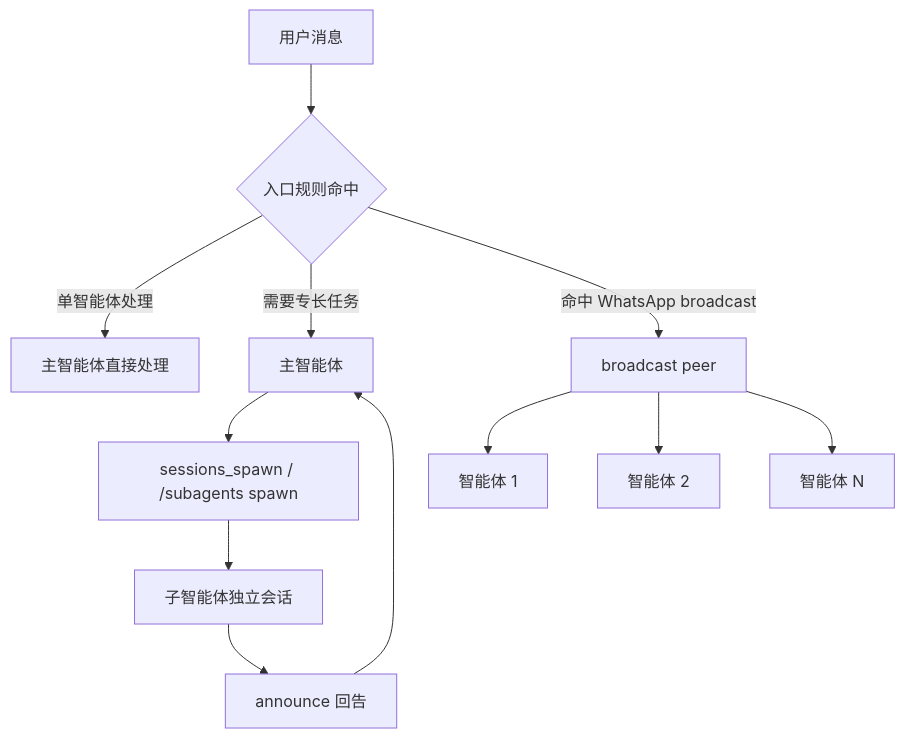
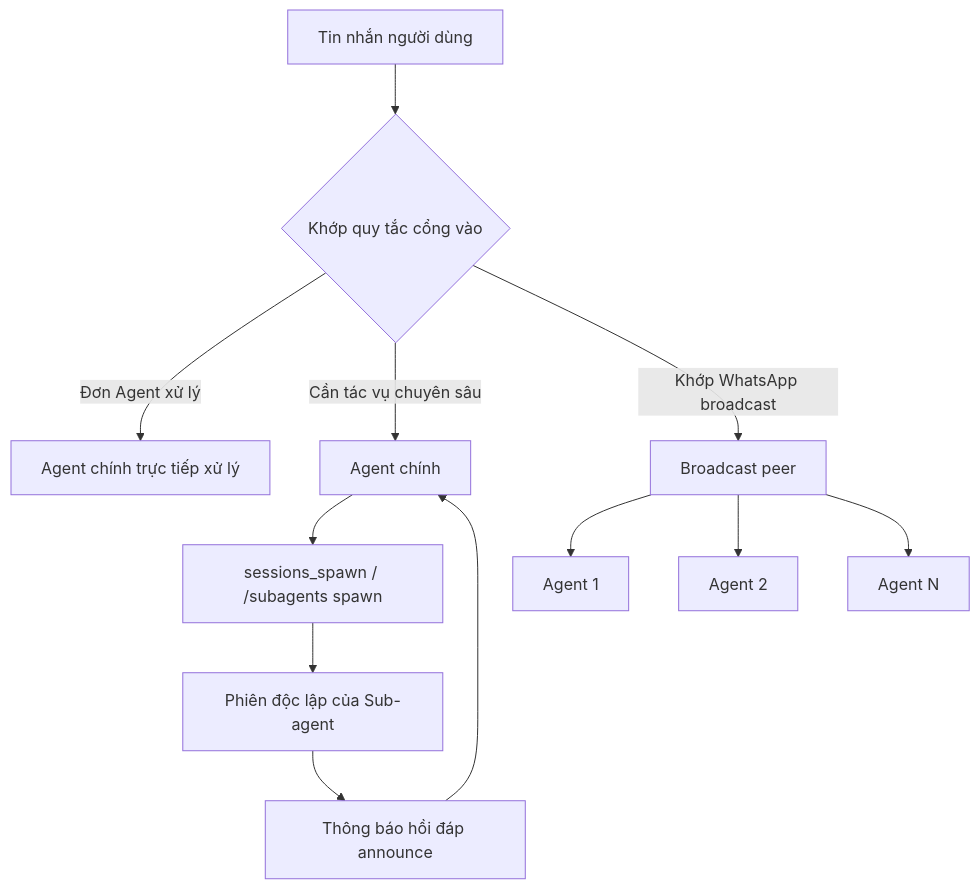
Before and after one commit to dino-edu/openclaw_guide: the diagram in 07_multi_agent/7.4_collaboration_patterns.md, drawn with Mermaid. The commit also changed other lines of this file and 24 other files, not shown here.

````diff
--- a/07_multi_agent/7.4_collaboration_patterns.md
+++ b/07_multi_agent/7.4_collaboration_patterns.md
@@ -7,15 +7,15 @@
 ```mermaid
 flowchart TD
-  U["用户消息"] --> R{"入口规则命中"}
-  R -->|"单智能体处理"| A["主智能体直接处理"]
-  R -->|"需要专长任务"| M["主智能体"]
+  U["Tin nhắn người dùng"] --> R{"Khớp quy tắc cổng vào"}
+  R -->|"Đơn Agent xử lý"| A["Agent chính trực tiếp xử lý"]
+  R -->|"Cần tác vụ chuyên sâu"| M["Agent chính"]
   M --> S["sessions_spawn / /subagents spawn"]
-  S --> C["子智能体独立会话"]
-  C --> N["announce 回告"]
+  S --> C["Phiên độc lập của Sub-agent"]
+  C --> N["Thông báo hồi đáp announce"]
   N --> M
 
-  R -->|"命中 WhatsApp broadcast"| B["broadcast peer"]
-  B --> G1["智能体 1"]
-  B --> G2["智能体 2"]
-  B --> G3["智能体 N"]
+  R -->|"Khớp WhatsApp broadcast"| B["Broadcast peer"]
+  B --> G1["Agent 1"]
+  B --> G2["Agent 2"]
+  B --> G3["Agent N"]
 ```
````
